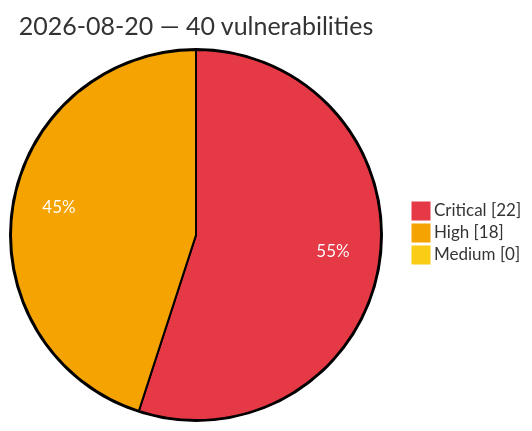
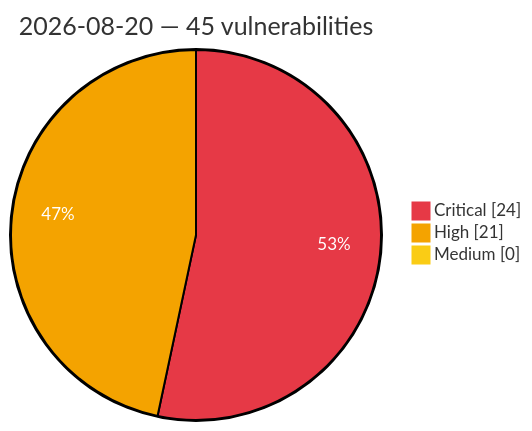
The diagram in vulnerabilities/2026/August/2026-08-20.md (GhostX0X/vuln-tracker), drawn with Mermaid before and after one commit. The commit also changed other lines of this file and 5 other files, not shown here.

Commit message:
Auto update: critical/high vulns (2026-08-20 14:20 UTC)

````diff
--- a/vulnerabilities/2026/August/2026-08-20.md
+++ b/vulnerabilities/2026/August/2026-08-20.md
@@ -3,8 +3,8 @@
 ```mermaid
 %%{init: {'theme':'base', 'themeVariables': {'pie1':'#e63946', 'pie2':'#f4a300', 'pie3':'#facc15', 'pieOpacity':'1', 'pieOuterStrokeWidth':'2px', 'pieSectionTextColor':'#ffffff'}}}%%
 pie showData
-    title 2026-08-20 — 40 vulnerabilities
-    "Critical" : 22
-    "High" : 18
+    title 2026-08-20 — 45 vulnerabilities
+    "Critical" : 24
+    "High" : 21
     "Medium" : 0
 ```
````
